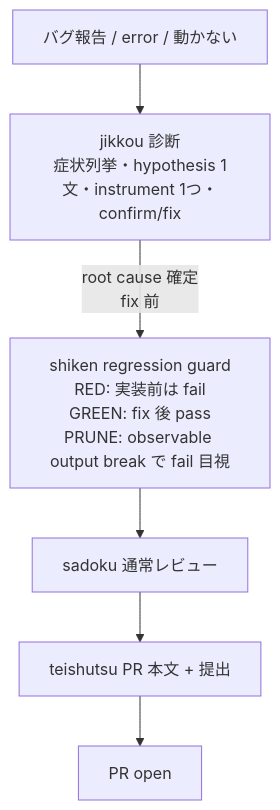
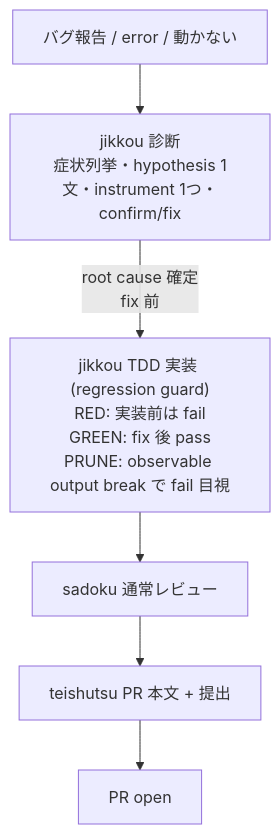
Before and after one commit to hayashiii-ghub/hikizan: the third of 6 diagrams in docs/workflow.md, drawn with Mermaid. The commit also changed other lines of this file and 27 other files, not shown here.

First line of the commit message:
refactor: fold shiken into jikkou's TDD mode, drop post-commit hook (#82)

````diff
--- a/docs/workflow.md
+++ b/docs/workflow.md
@@ -108,8 +101,8 @@
 ```mermaid
 flowchart TB
   B0["バグ報告 / error / 動かない"] --> B1["jikkou 診断<br/>症状列挙・hypothesis 1文・instrument 1つ・confirm/fix"]
-  B1 -->|"root cause 確定<br/>fix 前"| B2["shiken regression guard<br/>RED: 実装前は fail<br/>GREEN: fix 後 pass<br/>PRUNE: observable output break で fail 目視"]
+  B1 -->|"root cause 確定<br/>fix 前"| B2["jikkou TDD 実装 (regression guard)<br/>RED: 実装前は fail<br/>GREEN: fix 後 pass<br/>PRUNE: observable output break で fail 目視"]
   B2 --> B3["sadoku 通常レビュー"]
   B3 --> B4["teishutsu PR 本文 + 提出"]
   B4 --> B5["PR open"]
 ```
````
